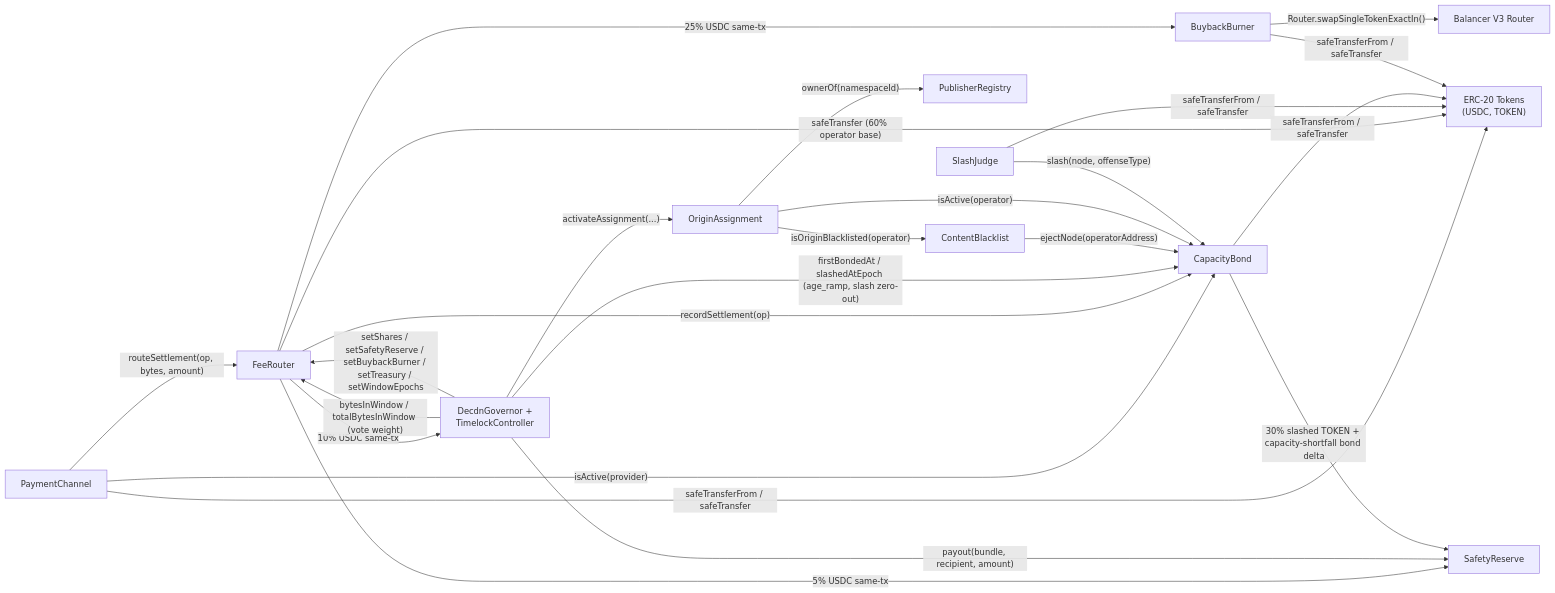
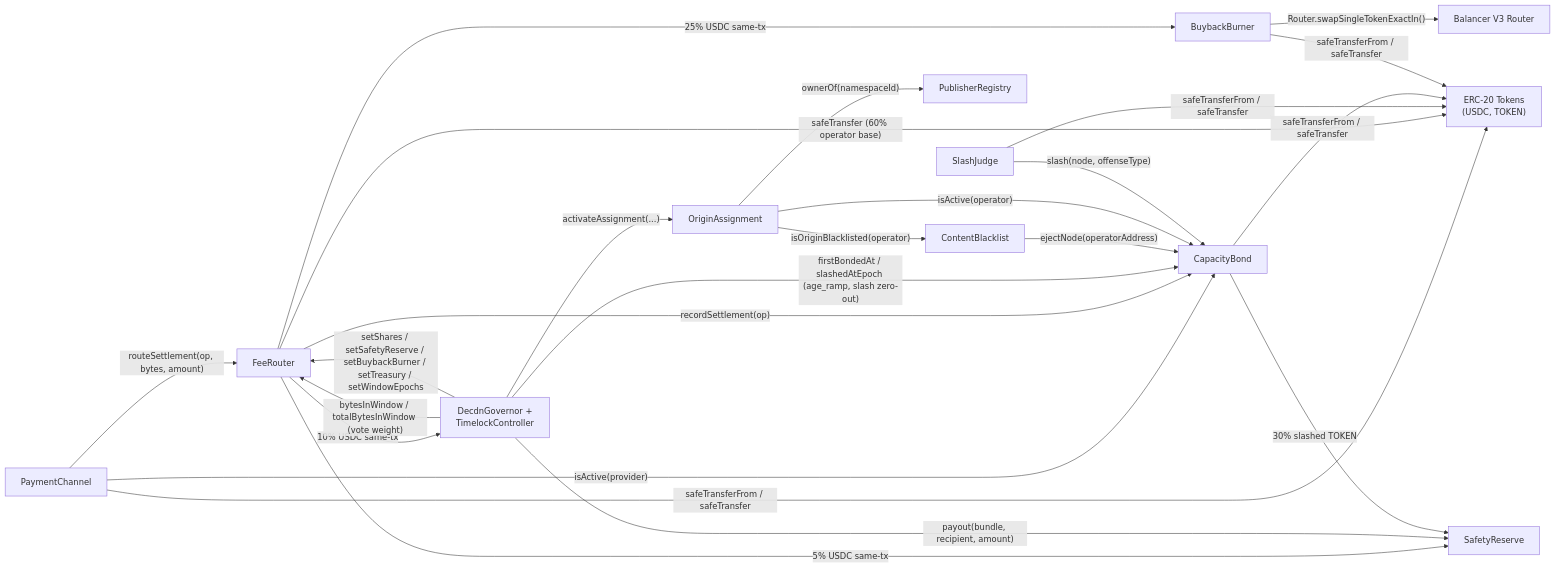
The third of 5 diagrams in adr/016-contract-interactions.md (decdn/decdn), drawn with Mermaid before and after one commit. The commit also changed other lines of this file and 10 other files, not shown here.

First line of the commit message:
docs(adr): remove capacity-shortfall slashing (ADR 036 supersedes) (#682)

````diff
--- a/adr/016-contract-interactions.md
+++ b/adr/016-contract-interactions.md
@@ -442,39 +441,39 @@
 ```mermaid
 graph LR
     SPC["PaymentChannel"]
     CBOND["CapacityBond"]
     CB["ContentBlacklist"]
     PR["PublisherRegistry"]
     OA["OriginAssignment"]
     SJ["SlashJudge"]
     BB["BuybackBurner"]
     FR["FeeRouter"]
     SAFE["SafetyReserve"]
     GOV["DecdnGovernor +<br/>TimelockController"]
     ERC["ERC-20 Tokens<br/>(USDC, TOKEN)"]
     BAL["Balancer V3 Router"]
 
     SPC -->|"isActive(provider)"| CBOND
     SPC -->|"safeTransferFrom / safeTransfer"| ERC
     SPC -->|"routeSettlement(op, bytes, amount)"| FR
     FR -->|"recordSettlement(op)"| CBOND
     FR -->|"25% USDC same-tx"| BB
     FR -->|"10% USDC same-tx"| GOV
     FR -->|"5% USDC same-tx"| SAFE
     FR -->|"safeTransfer (60% operator base)"| ERC
     GOV -->|"bytesInWindow / totalBytesInWindow (vote weight)"| FR
     GOV -->|"firstBondedAt / slashedAtEpoch (age_ramp, slash zero-out)"| CBOND
     GOV -->|"payout(bundle, recipient, amount)"| SAFE
     GOV -->|"setShares / setSafetyReserve / setBuybackBurner / setTreasury / setWindowEpochs"| FR
     CB -->|"ejectNode(operatorAddress)"| CBOND
     OA -->|"isActive(operator)"| CBOND
     OA -->|"ownerOf(namespaceId)"| PR
     OA -->|"isOriginBlacklisted(operator)"| CB
     GOV -->|"activateAssignment(...)"| OA
     SJ -->|"slash(node, offenseType)"| CBOND
     SJ -->|"safeTransferFrom / safeTransfer"| ERC
     CBOND -->|"safeTransferFrom / safeTransfer"| ERC
-    CBOND -->|"30% slashed TOKEN + capacity-shortfall bond delta"| SAFE
+    CBOND -->|"30% slashed TOKEN"| SAFE
     BB -->|"Router.swapSingleTokenExactIn()"| BAL
     BB -->|"safeTransferFrom / safeTransfer"| ERC
 ```
````
